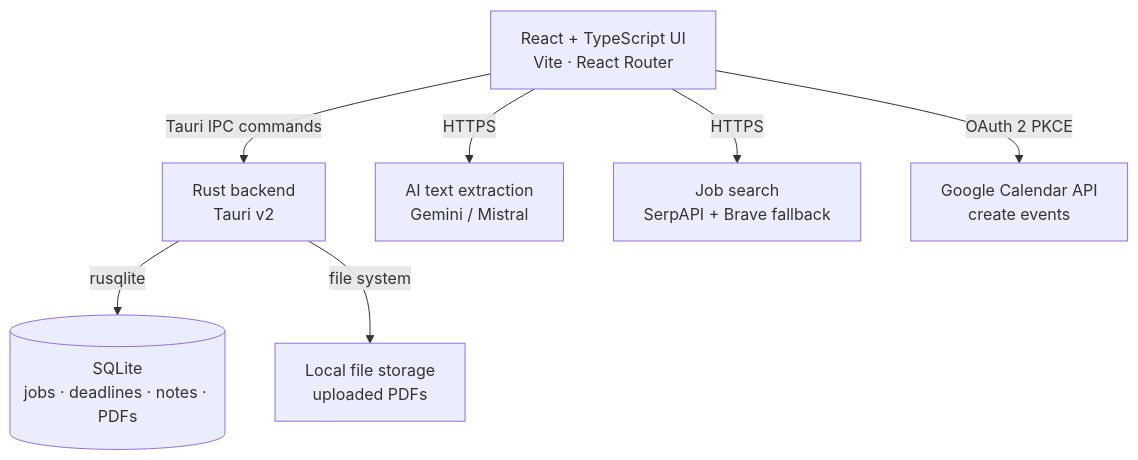
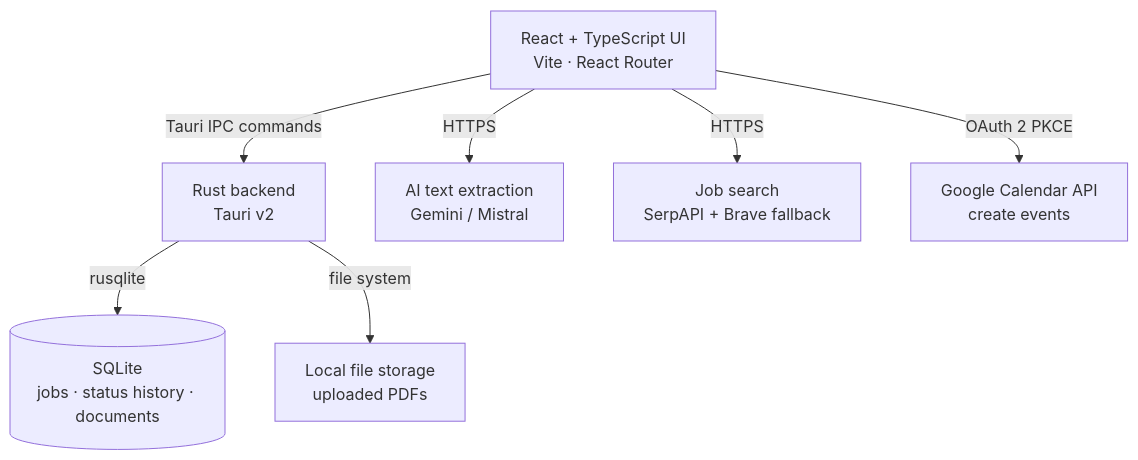
Before and after one commit to eikrad/Job-Tracker: the diagram in README.md, drawn with Mermaid. The commit also changed 4 other files, not shown here.

````diff
--- a/README.md
+++ b/README.md
@@ -23,9 +23,9 @@
 ```mermaid
 graph TD
     UI[React + TypeScript UI<br>Vite · React Router] -->|Tauri IPC commands| RUST[Rust backend<br>Tauri v2]
-    RUST -->|rusqlite| DB[(SQLite<br>jobs · deadlines · notes · PDFs)]
+    RUST -->|rusqlite| DB[(SQLite<br>jobs · status history · documents)]
     RUST -->|file system| FILES[Local file storage<br>uploaded PDFs]
     UI -->|HTTPS| AI[AI text extraction<br>Gemini / Mistral]
     UI -->|HTTPS| SEARCH[Job search<br>SerpAPI + Brave fallback]
     UI -->|OAuth 2 PKCE| GCAL[Google Calendar API<br>create events]
 ```
````
